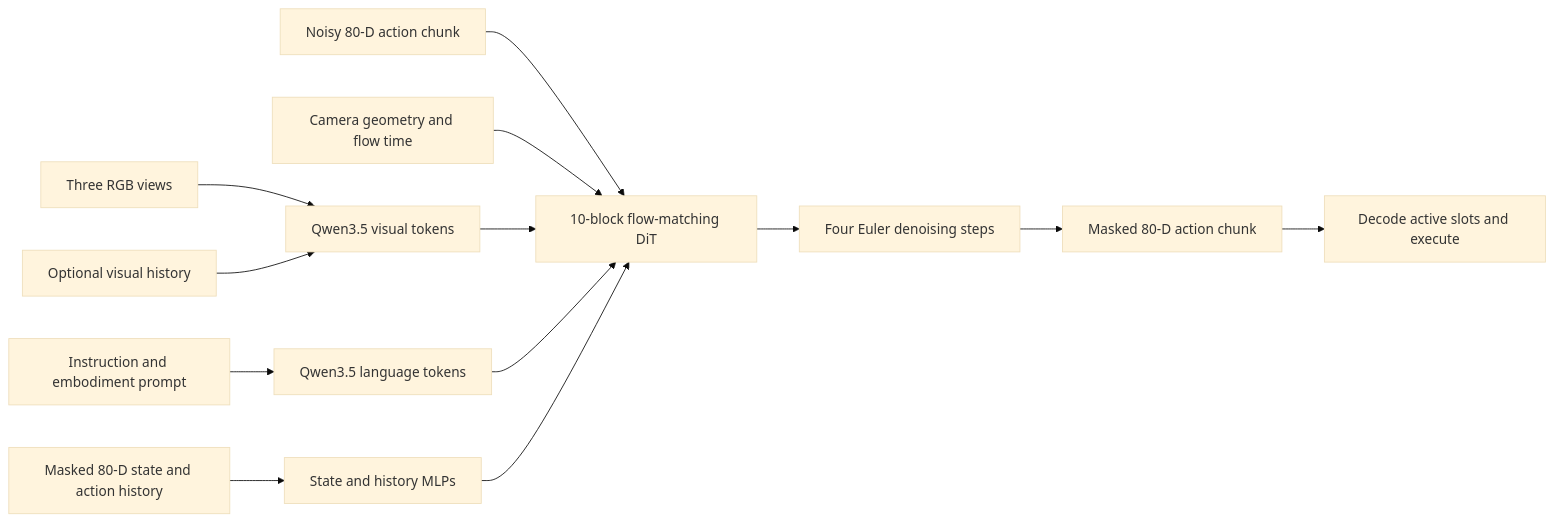
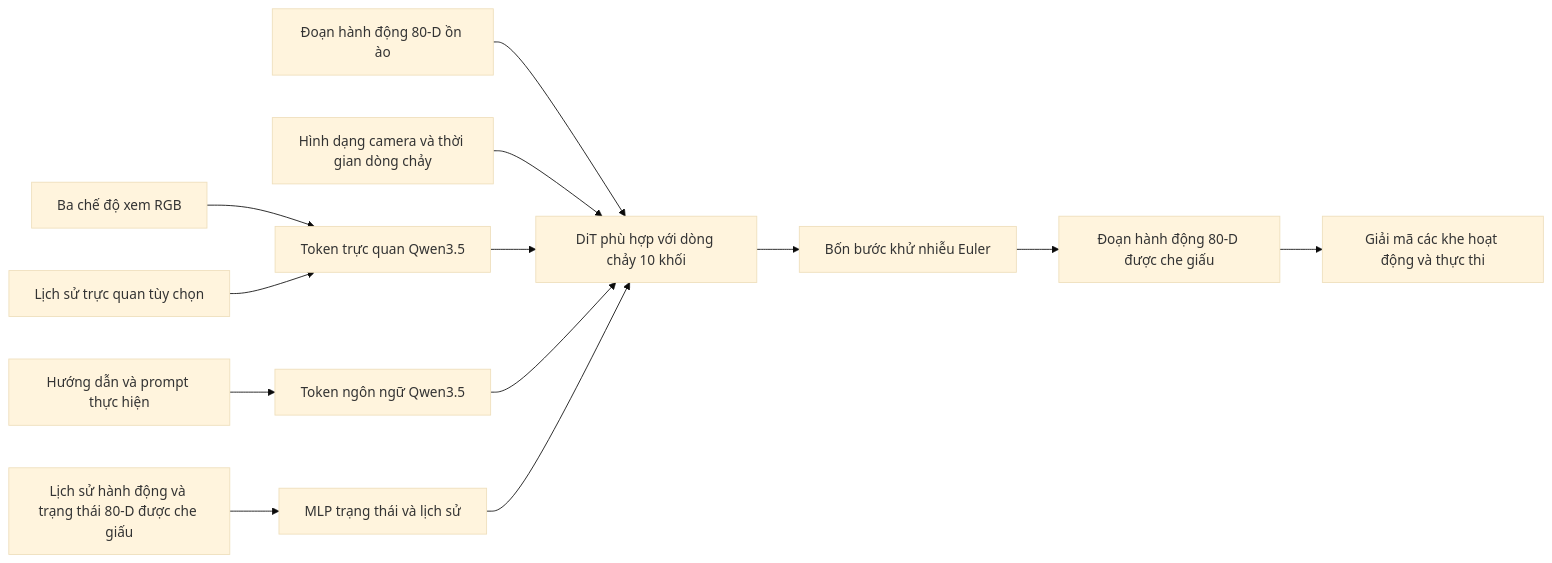
One commit to cycler04/VinRobotics-VLA changed the first of 3 diagrams in docs/research_finding/01-gwen/qwen_models/Qwen-RobotManip/qwen_robotmanip.md. Above: the diagram before and after it, drawn with Mermaid (base theme). The commit also changed other lines of this file and 24 other files, not shown here.

````diff
--- a/docs/research_finding/01-gwen/qwen_models/Qwen-RobotManip/qwen_robotmanip.md
+++ b/docs/research_finding/01-gwen/qwen_models/Qwen-RobotManip/qwen_robotmanip.md
@@ -58,15 +58,15 @@
 ```mermaid
 flowchart LR
-    I[Three RGB views] --> V[Qwen3.5 visual tokens]
-    P[Instruction and embodiment prompt] --> L[Qwen3.5 language tokens]
-    H[Optional visual history] --> V
-    S[Masked 80-D state and action history] --> SM[State and history MLPs]
-    N[Noisy 80-D action chunk] --> D[10-block flow-matching DiT]
-    C[Camera geometry and flow time] --> D
+    I[Ba chế độ xem RGB] --> V[Token trực quan Qwen3.5]
+    P[Hướng dẫn và prompt thực hiện] --> L[Token ngôn ngữ Qwen3.5]
+    H[Lịch sử trực quan tùy chọn] --> V
+    S[Lịch sử hành động và trạng thái 80-D được che giấu] --> SM[MLP trạng thái và lịch sử]
+    N[Đoạn hành động 80-D ồn ào] --> D[DiT phù hợp với dòng chảy 10 khối]
+    C[Hình dạng camera và thời gian dòng chảy] --> D
     V --> D
     L --> D
     SM --> D
-    D --> E[Four Euler denoising steps]
-    E --> A[Masked 80-D action chunk]
-    A --> X[Decode active slots and execute]
+    D --> E[Bốn bước khử nhiễu Euler]
+    E --> A[Đoạn hành động 80-D được che giấu]
+    A --> X[Giải mã các khe hoạt động và thực thi]
 ```
````
